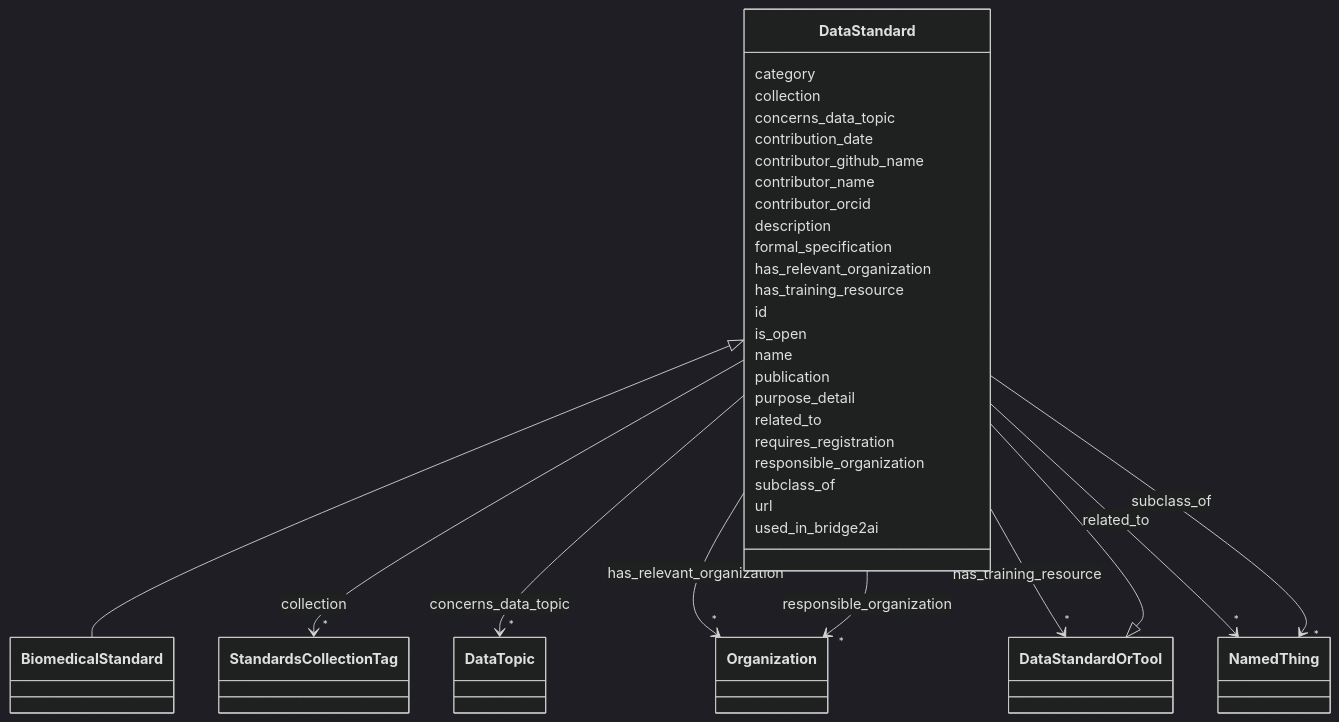
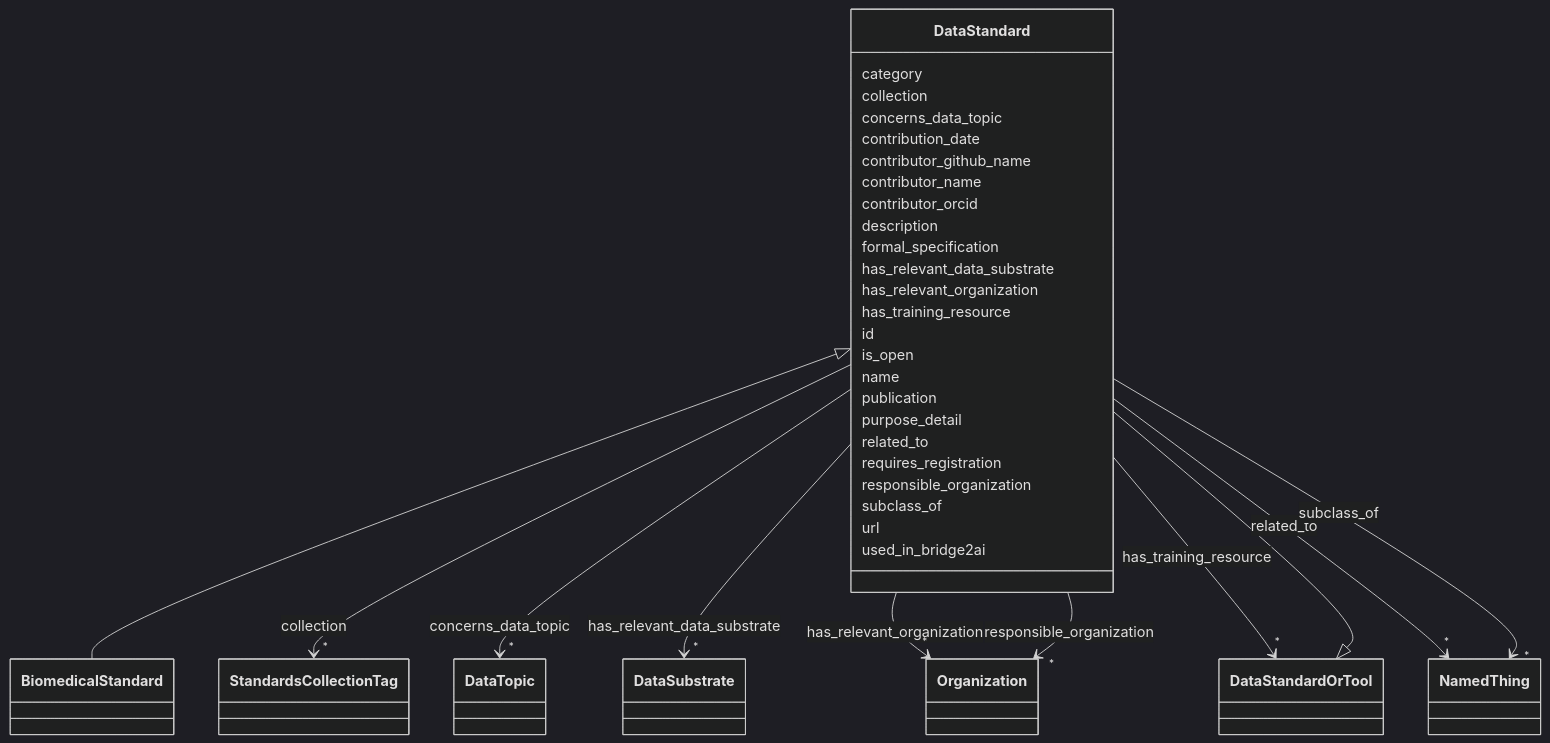
One commit to bridge2ai/standards-schemas changed the diagram in docs/DataStandard.md. Above: the diagram before and after it, drawn with Mermaid (dark theme). The commit also changed other lines of this file and 38 other files, not shown here.

Commit message:
Update schema artifacts

```diff
--- a/docs/DataStandard.md
+++ b/docs/DataStandard.md
@@ -63,6 +63,17 @@
       DataStandard : description
         
       DataStandard : formal_specification
+        
+      DataStandard : has_relevant_data_substrate
+        
+          
+    
+        
+        
+        DataStandard --> "*" DataSubstrate : has_relevant_data_substrate
+        click DataSubstrate href "../DataSubstrate"
+    
+
         
       DataStandard : has_relevant_organization
         
```
